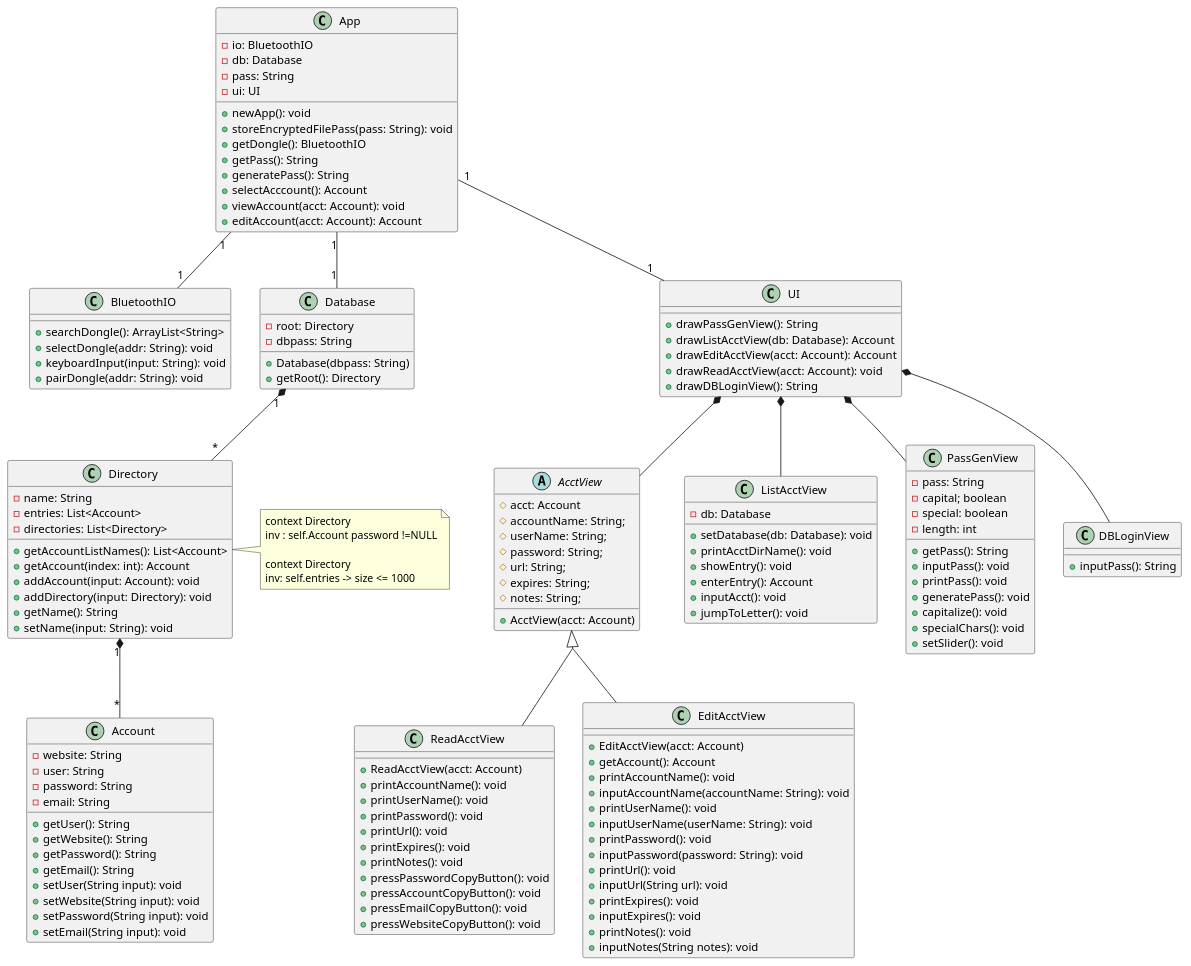
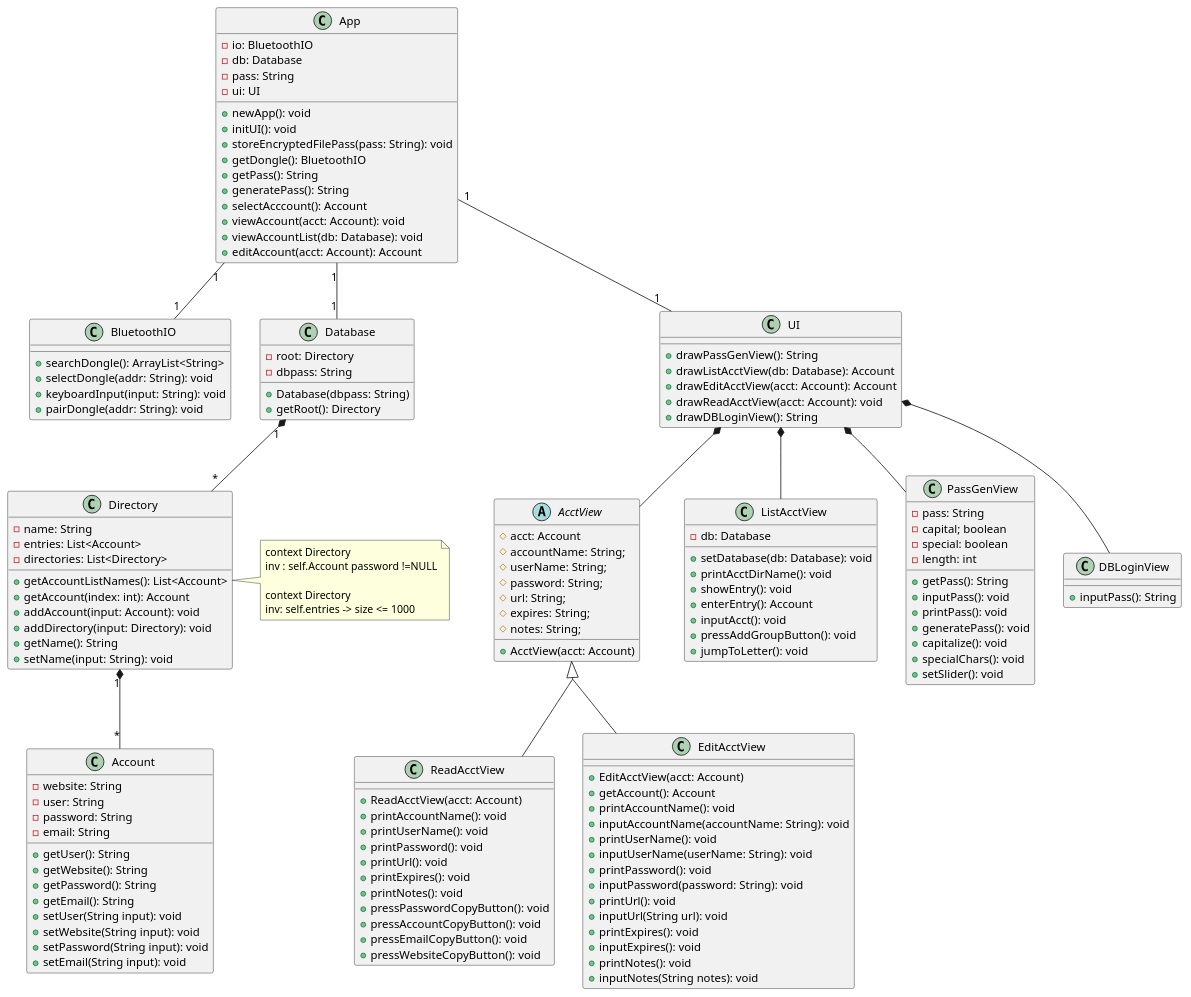
Before and after one commit to gentmantan/cen4010groupproject: the diagram in docs/diag/group/class1.plantuml, drawn with PlantUML. The commit also changed 7 other files, not shown here.

Commit message:
Add create account entry group sequence diagrams with modifications to class diagram

```diff
--- a/docs/diag/group/class1.plantuml
+++ b/docs/diag/group/class1.plantuml
@@ -1,168 +1,171 @@
 @startuml
 skinparam groupInheritance 2
 
 class App {
   -io: BluetoothIO
   -db: Database
   -pass: String
   -ui: UI
   +newApp(): void
+  +initUI(): void
   +storeEncryptedFilePass(pass: String): void
   +getDongle(): BluetoothIO
   +getPass(): String
   +generatePass(): String
   +selectAcccount(): Account
   +viewAccount(acct: Account): void
+  +viewAccountList(db: Database): void
   +editAccount(acct: Account): Account
 }
 
 class BluetoothIO {
   +searchDongle(): ArrayList<String>
   +selectDongle(addr: String): void
   +keyboardInput(input: String): void
   +pairDongle(addr: String): void
 }
 
 'class EncryptedFile {
 ''  -Database db
 ''  +EncryptedFile(){
 ''  }
 ''}
     class Directory {
       -name: String
       -entries: List<Account>
       -directories: List<Directory>
       +getAccountListNames(): List<Account>
       +getAccount(index: int): Account
       +addAccount(input: Account): void
       +addDirectory(input: Directory): void
       +getName(): String
       +setName(input: String): void
     }
 
     class Database{
       -root: Directory
       -dbpass: String
       +Database(dbpass: String)
       +getRoot(): Directory
     }
 
     class Account {
       -website: String
       -user: String
       -password: String
       -email: String
       +getUser(): String
       +getWebsite(): String
       +getPassword(): String
       +getEmail(): String
       +setUser(String input): void
       +setWebsite(String input): void
       +setPassword(String input): void
       +setEmail(String input): void
     }
 
     class UI{
       +drawPassGenView(): String
       +drawListAcctView(db: Database): Account
       +drawEditAcctView(acct: Account): Account
       +drawReadAcctView(acct: Account): void
       +drawDBLoginView(): String
     }
 
     abstract AcctView{
       #acct: Account
       #accountName: String;
       #userName: String;
       #password: String;
       #url: String;
       #expires: String;
       #notes: String;
       +AcctView(acct: Account)
     }
 
     class ListAcctView{
       -db: Database
       +setDatabase(db: Database): void
       +printAcctDirName(): void
       +showEntry(): void
       +enterEntry(): Account
       +inputAcct(): void
+      +pressAddGroupButton(): void
       +jumpToLetter(): void
     }
 
     class PassGenView{
       -pass: String
       -capital; boolean
       -special: boolean
       -length: int
       +getPass(): String
       +inputPass(): void
       +printPass(): void
       +generatePass(): void
       +capitalize(): void
       +specialChars(): void
       +setSlider(): void
     }
 
     class DBLoginView{
       +inputPass(): String
     }
 
     class ReadAcctView{
       +ReadAcctView(acct: Account)
       +printAccountName(): void
       +printUserName(): void
       +printPassword(): void
       +printUrl(): void
       +printExpires(): void
       +printNotes(): void
       +pressPasswordCopyButton(): void
       +pressAccountCopyButton(): void
       +pressEmailCopyButton(): void
       +pressWebsiteCopyButton(): void
     }
 
     class EditAcctView{
       +EditAcctView(acct: Account)
       +getAccount(): Account
       +printAccountName(): void
       +inputAccountName(accountName: String): void
       +printUserName(): void
       +inputUserName(userName: String): void
       +printPassword(): void
       +inputPassword(password: String): void
       +printUrl(): void
       +inputUrl(String url): void
       +printExpires(): void
       +inputExpires(): void
       +printNotes(): void
       +inputNotes(String notes): void
     }
 
 App "1" -- "1" BluetoothIO
 
 'App "1" -- "1" EncryptedFile
 'EncryptedFile "1" *-- "1" Database
 App "1" -- "1" Database
 Database "1" *-- "*" Directory
 Directory "1" *-- "*" Account
 
 App "1" -- "1" UI
 UI *--  AcctView
 
 note right of Directory
   context Directory
   inv : self.Account password !=NULL
 
   context Directory
   inv: self.entries -> size <= 1000
 end note
 
 
 AcctView <|-- EditAcctView
 AcctView <|-- ReadAcctView
 UI *-- ListAcctView
 UI *-- PassGenView
 UI *-- DBLoginView
 @enduml
```
